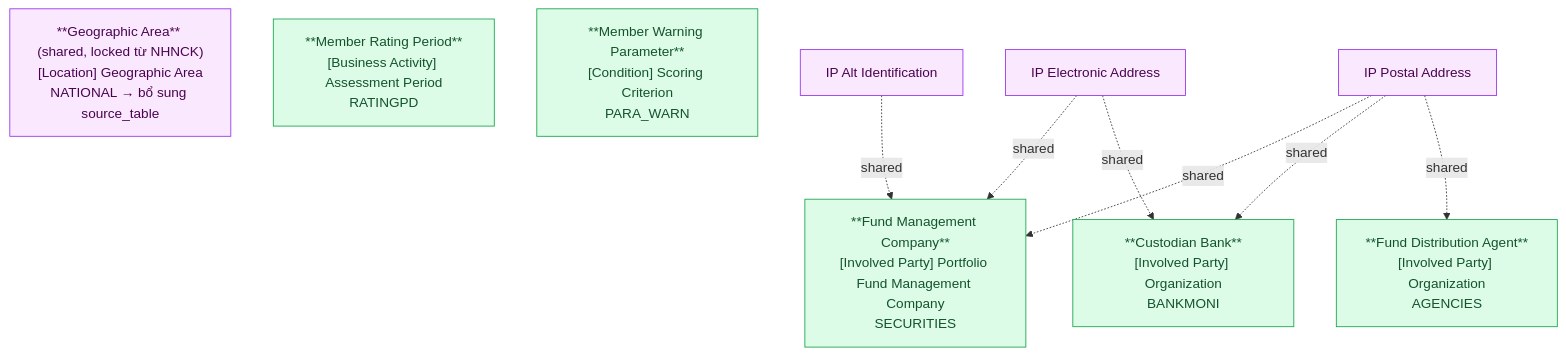
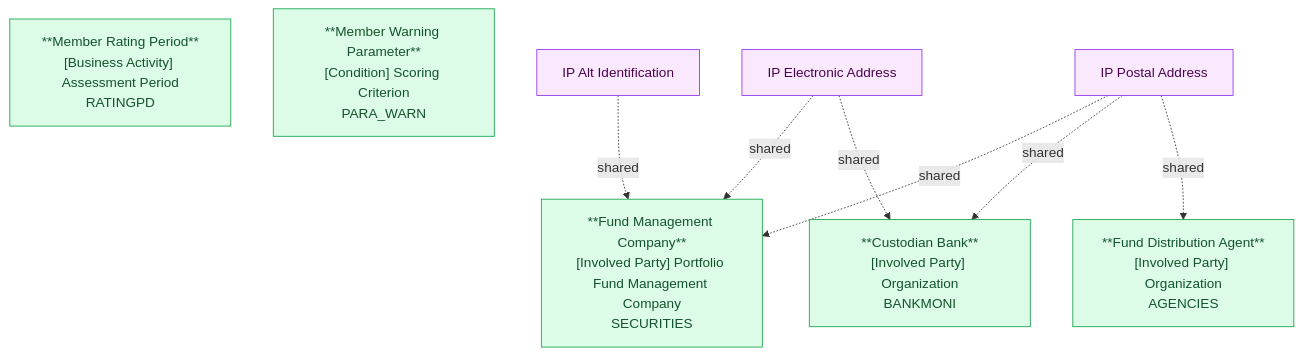
Before and after one commit to linhlvit/ubck_atomic_design: the second of 2 diagrams in DataModel/working/Atomic/hld/FMS_HLD_Tier1.md, drawn with Mermaid. The commit also changed other lines of this file and 110 other files, not shown here.

````diff
--- a/DataModel/working/Atomic/hld/FMS_HLD_Tier1.md
+++ b/DataModel/working/Atomic/hld/FMS_HLD_Tier1.md
@@ -45,22 +48,21 @@
 ```mermaid
 graph TD
     classDef atomic fill:#dcfce7,stroke:#16a34a,color:#14532d
     classDef shared fill:#fae8ff,stroke:#9333ea,color:#4a044e
 
     FMC["**Fund Management Company**\n[Involved Party] Portfolio Fund Management Company\nSECURITIES"]:::atomic
-    GEO["**Geographic Area** (shared, locked từ NHNCK)\n[Location] Geographic Area\nNATIONAL → bổ sung source_table"]:::shared
     CB["**Custodian Bank**\n[Involved Party] Organization\nBANKMONI"]:::atomic
     FDA["**Fund Distribution Agent**\n[Involved Party] Organization\nAGENCIES"]:::atomic
     MRP["**Member Rating Period**\n[Business Activity] Assessment Period\nRATINGPD"]:::atomic
     WP["**Member Warning Parameter**\n[Condition] Scoring Criterion\nPARA_WARN"]:::atomic
     ADDR["IP Postal Address"]:::shared
     EADDR["IP Electronic Address"]:::shared
     ALTID["IP Alt Identification"]:::shared
 
     ADDR -.->|"shared"| FMC
     EADDR -.->|"shared"| FMC
     ALTID -.->|"shared"| FMC
     ADDR -.->|"shared"| CB
     EADDR -.->|"shared"| CB
     ADDR -.->|"shared"| FDA
 ```
````
